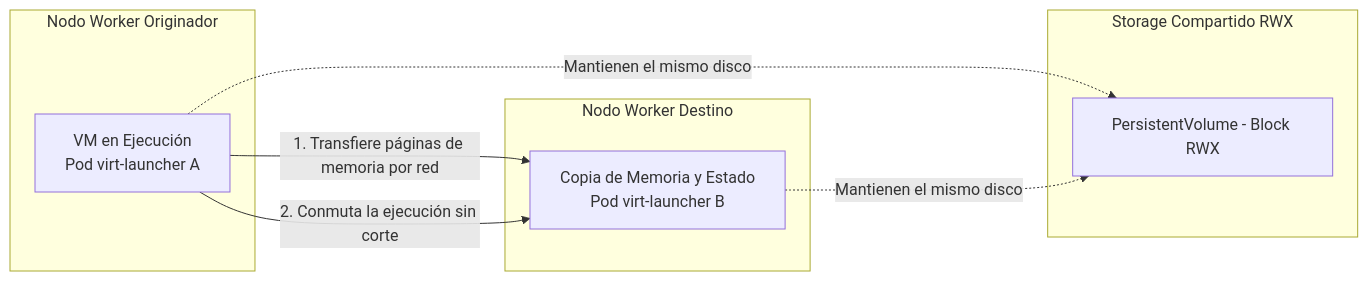
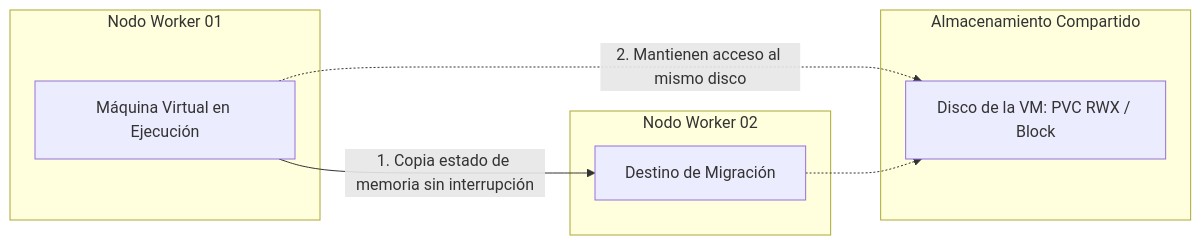
The third of 4 diagrams in docs/sesion4/4.8 Openshift Virtualization.md (ieftraining/curso-openshift), drawn with Mermaid before and after one commit. The commit also changed other lines of this file, not shown here.

````diff
--- a/docs/sesion4/4.8 Openshift Virtualization.md
+++ b/docs/sesion4/4.8 Openshift Virtualization.md
@@ -176,19 +90,18 @@
 ```mermaid
 flowchart LR
-    subgraph Nodo Worker Originador
-        VM_A[VM en Ejecución<br>Pod virt-launcher A]
+    subgraph Nodo Worker 01
+        VM1[Máquina Virtual en Ejecución]
     end
 
-    subgraph Storage Compartido RWX
-        DS[PersistentVolume - Block RWX]
+    subgraph Almacenamiento Compartido
+        ST[Disco de la VM: PVC RWX / Block]
     end
 
-    subgraph Nodo Worker Destino
-        VM_B[Copia de Memoria y Estado<br>Pod virt-launcher B]
+    subgraph Nodo Worker 02
+        VM2[Destino de Migración]
     end
 
-    VM_A -->|1. Transfiere páginas de memoria por red| VM_B
-    VM_A -.->|Mantienen el mismo disco| DS
-    VM_B -.->|Mantienen el mismo disco| DS
-    VM_A -->|2. Conmuta la ejecución sin corte| VM_B
+    VM1 -->|1. Copia estado de memoria sin interrupción| VM2
+    VM1 -.->|2. Mantienen acceso al mismo disco| ST
+    VM2 -.-> ST
 ```
````
